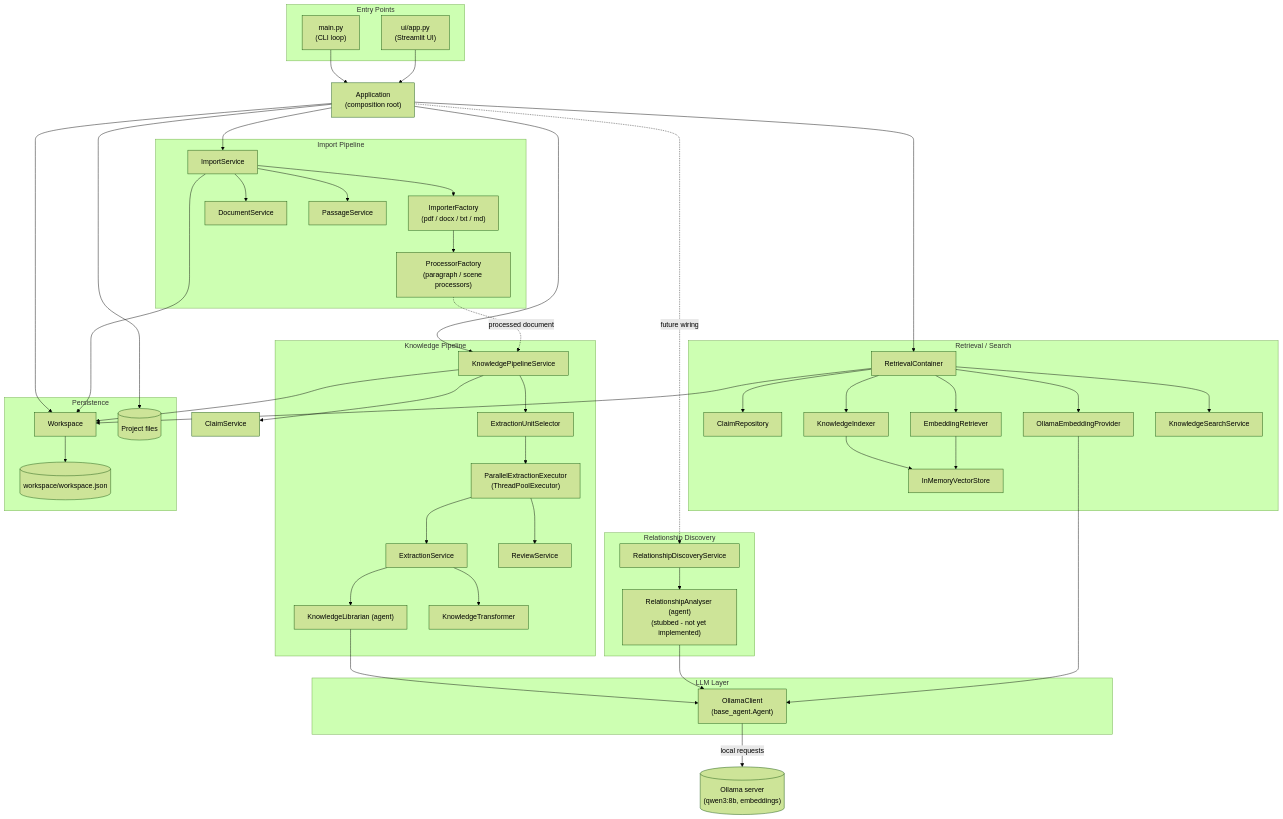
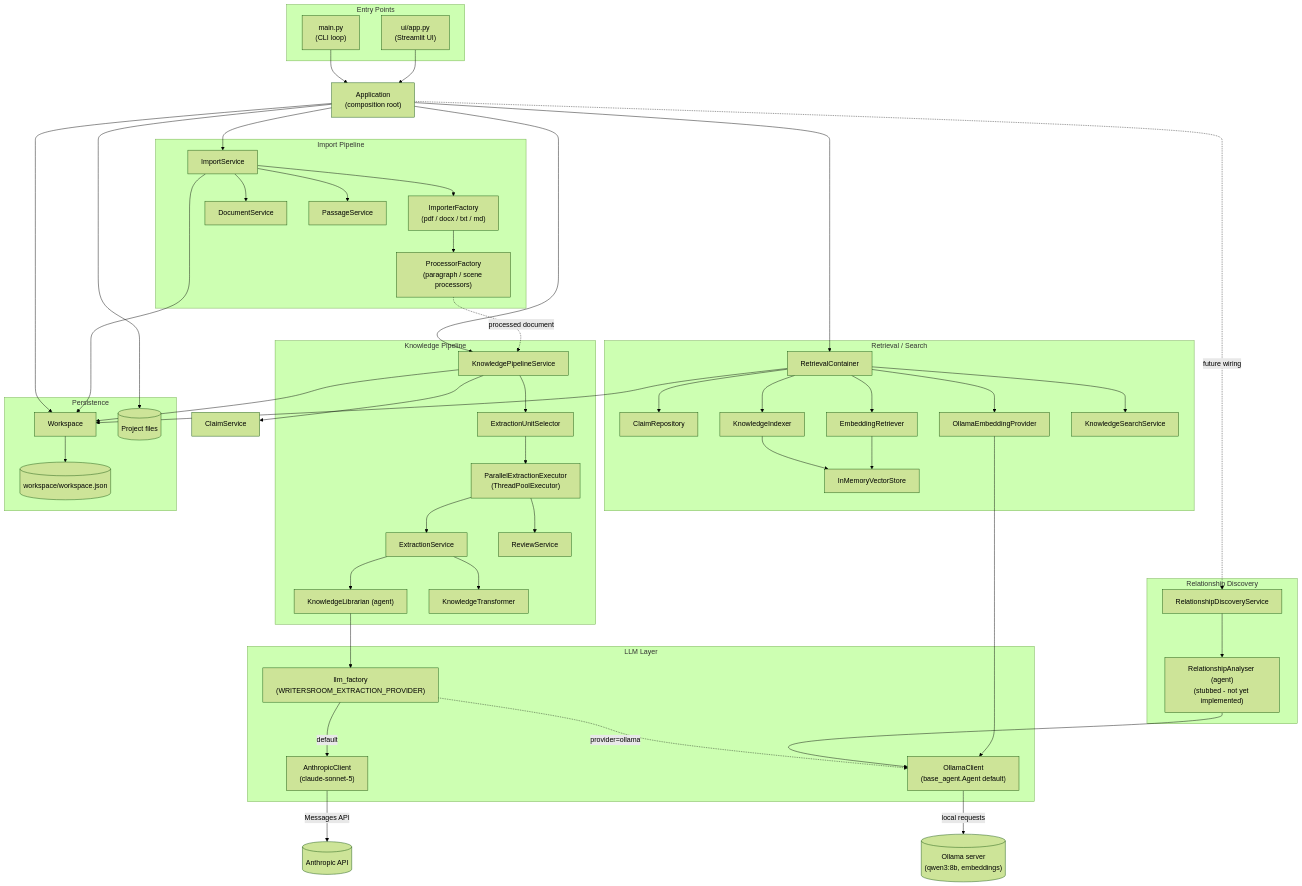
Before and after one commit to theodora-moscalu/WritersRoom: the diagram in info/architecture.md, drawn with Mermaid (forest theme). The commit also changed 9 other files, not shown here.

First line of the commit message:
Use Claude Sonnet for knowledge extraction

```diff
--- a/info/architecture.md
+++ b/info/architecture.md
@@ -74,12 +74,17 @@
     APP --> RC
 
     subgraph LLM["LLM Layer"]
-        OC["OllamaClient\n(base_agent.Agent)"]
+        FACTORY["llm_factory\n(WRITERSROOM_EXTRACTION_PROVIDER)"]
+        AC["AnthropicClient\n(claude-sonnet-5)"]
+        OC["OllamaClient\n(base_agent.Agent default)"]
     end
 
-    LIB --> OC
+    LIB --> FACTORY
+    FACTORY -->|default| AC
+    FACTORY -.provider=ollama.-> OC
     RAN --> OC
     EMB --> OC
+    AC -->|Messages API| ANTHROPIC[("Anthropic API")]
     OC -->|local requests| OLLAMA[("Ollama server\n(qwen3:8b, embeddings)")]
 
     subgraph Persistence["Persistence"]
```
